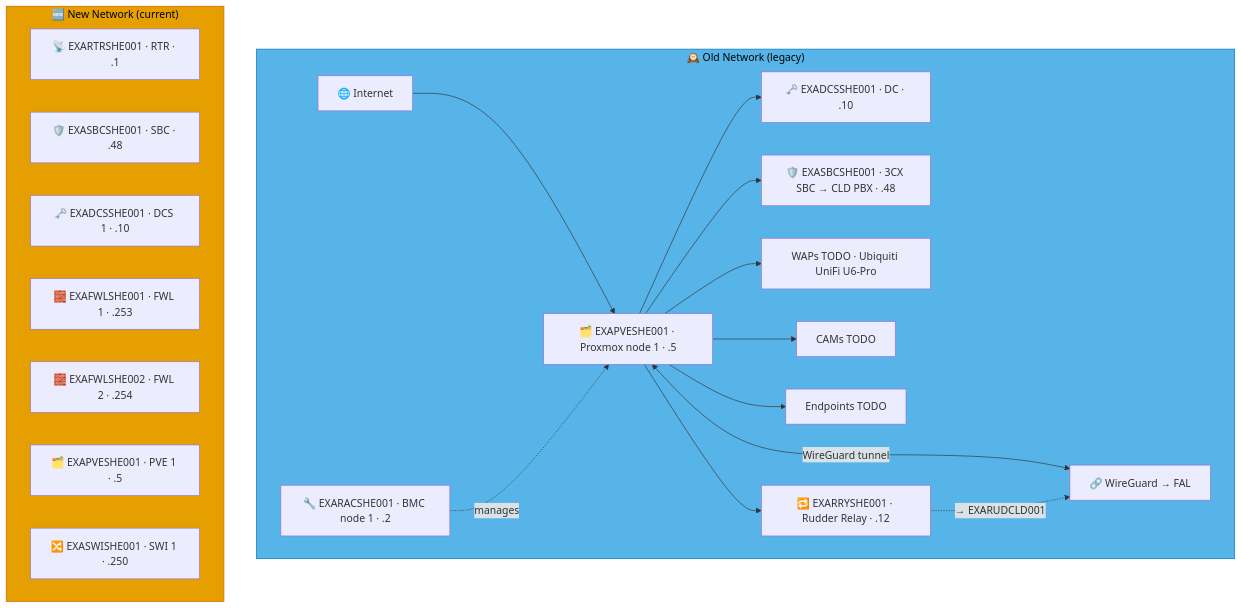
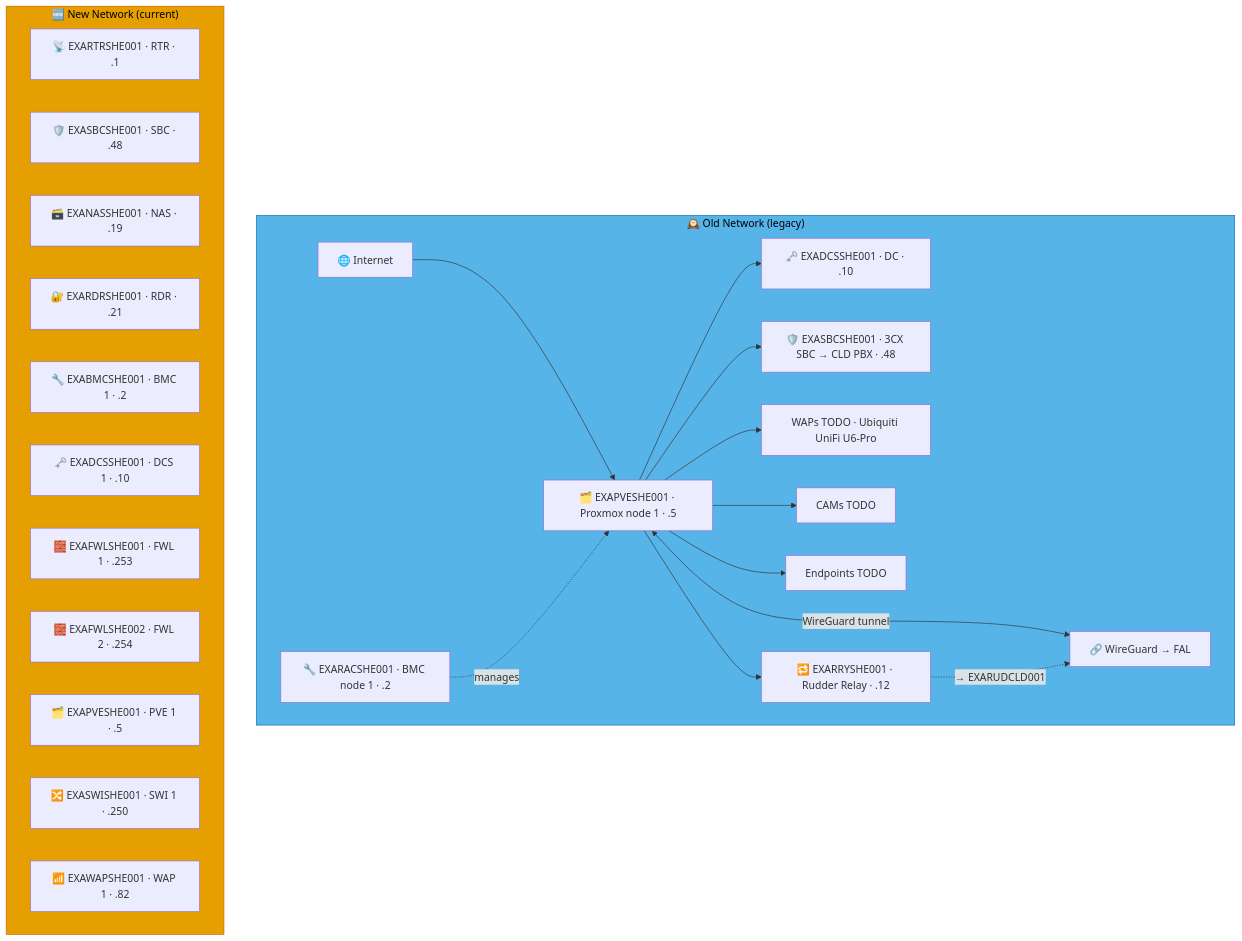
The sixth of 9 diagrams in docs/network-diagram/england.md (knightmare2600/example_music_infra), drawn with Mermaid before and after one commit. The commit also changed other lines of this file and 15 other files, not shown here.

````diff
--- a/docs/network-diagram/england.md
+++ b/docs/network-diagram/england.md
@@ -313,36 +332,40 @@
 ```mermaid
 graph TD
     subgraph OLD_SHE ["🕰️ Old Network (legacy)"]
       INET["🌐 Internet"]
       RAC["🔧 EXARACSHE001 · BMC node 1 · .2"]
       PVE["🗂️ EXAPVESHE001 · Proxmox node 1 · .5"]
       DC["🗝️ EXADCSSHE001 · DC · .10"]
       SBC["🛡️ EXASBCSHE001 · 3CX SBC → CLD PBX · .48"]
       RRY["🔁 EXARRYSHE001 · Rudder Relay · .12"]
       WAP["WAPs TODO · Ubiquiti UniFi U6-Pro"]
       CAM["CAMs TODO"]
       EP["Endpoints TODO"]
       VPN["🔗 WireGuard → FAL"]
 
       INET --> PVE --> DC & SBC
       RAC -.->|"manages"| PVE
       PVE --> WAP & CAM & EP
       PVE <-->|"WireGuard tunnel"| VPN
 
       PVE --> RRY
       RRY -. "→ EXARUDCLD001" .-> VPN
     end
     style OLD_SHE fill:#56B4E9,stroke:#0072B2,color:#000000
     %% GENERATED:NEW-NETWORK:SHE:START
     subgraph NEW_SHE ["🆕 New Network (current)"]
       N_RTR["📡 EXARTRSHE001 · RTR · .1"]
       N_SBC["🛡️ EXASBCSHE001 · SBC · .48"]
+      N_NAS["🗃️ EXANASSHE001 · NAS · .19"]
+      N_RDR["🔐 EXARDRSHE001 · RDR · .21"]
+      N_BMC["🔧 EXABMCSHE001 · BMC 1 · .2"]
       N_DCS["🗝️ EXADCSSHE001 · DCS 1 · .10"]
       N_FWL["🧱 EXAFWLSHE001 · FWL 1 · .253"]
       N_FWL2["🧱 EXAFWLSHE002 · FWL 2 · .254"]
       N_PVE["🗂️ EXAPVESHE001 · PVE 1 · .5"]
       N_SWI["🔀 EXASWISHE001 · SWI 1 · .250"]
+      N_WAP["📶 EXAWAPSHE001 · WAP 1 · .82"]
     end
     style NEW_SHE fill:#E69F00,stroke:#D55E00,color:#000000
     %% GENERATED:NEW-NETWORK:SHE:END
 ```
````
